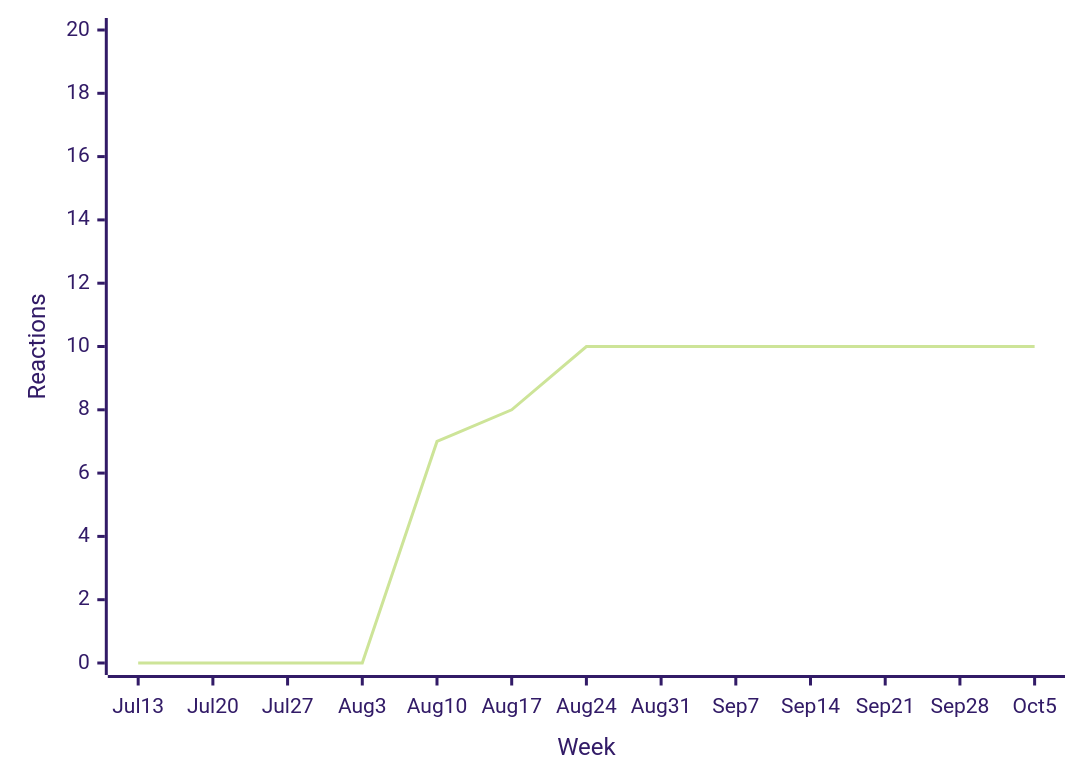
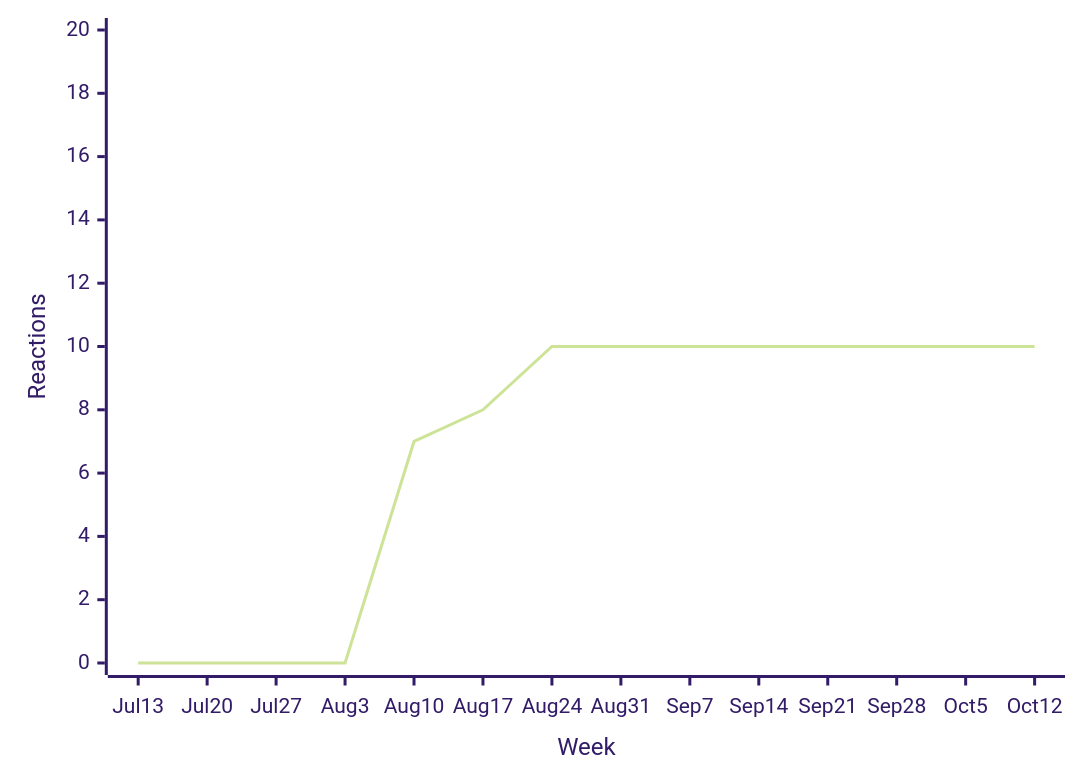
Diagram 16 of 35 in README.md (loic-sharma/github-insights), drawn with Mermaid (forest theme) before and after one commit. The commit also changed other lines of this file and 3 other files, not shown here.

````diff
--- a/README.md
+++ b/README.md
@@ -579,6 +579,6 @@
   ```mermaid
   xychart-beta
-    x-axis "Week" [Jul 13, Jul 20, Jul 27, Aug 3, Aug 10, Aug 17, Aug 24, Aug 31, Sep 7, Sep 14, Sep 21, Sep 28, Oct 5]
+    x-axis "Week" [Jul 13, Jul 20, Jul 27, Aug 3, Aug 10, Aug 17, Aug 24, Aug 31, Sep 7, Sep 14, Sep 21, Sep 28, Oct 5, Oct 12]
     y-axis "Reactions" 0 --> 20
-    line [0, 0, 0, 0, 7, 8, 10, 10, 10, 10, 10, 10, 10]
+    line [0, 0, 0, 0, 7, 8, 10, 10, 10, 10, 10, 10, 10, 10]
   ```
````
